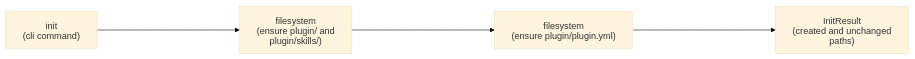
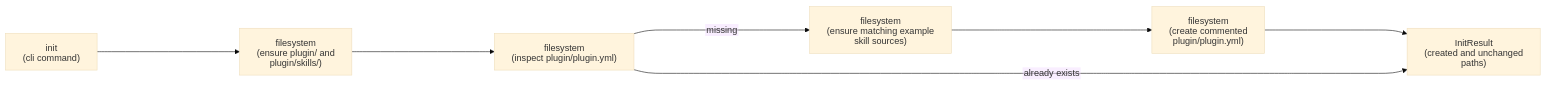
One commit to fam-tung-lam/ptlam-agent-plugin-compiler changed the fifth of 8 diagrams in docs/ARCHITECTURE.md. Above: the diagram before and after it, drawn with Mermaid (base theme). The commit also changed other lines of this file and 5 other files, not shown here.

First line of the commit message:
feat(init): Add guided starter manifest

````diff
--- a/docs/ARCHITECTURE.md
+++ b/docs/ARCHITECTURE.md
@@ -297,25 +297,35 @@
 ```mermaid
 ---
 config:
   htmlLabels: false
 ---
 flowchart LR
     InitCommand["`
         init
         (cli command)
     `"]
     EnsureDirectories["`
         filesystem
         (ensure plugin/ and plugin/skills/)
     `"]
-    EnsureManifest["`
+    InspectManifest["`
         filesystem
-        (ensure plugin/plugin.yml)
+        (inspect plugin/plugin.yml)
+    `"]
+    EnsureExampleSkills["`
+        filesystem
+        (ensure matching example skill sources)
+    `"]
+    WriteManifest["`
+        filesystem
+        (create commented plugin/plugin.yml)
     `"]
     InitResult["`
         InitResult
         (created and unchanged paths)
     `"]
 
-    InitCommand ------> EnsureDirectories ------> EnsureManifest ------> InitResult
+    InitCommand ------> EnsureDirectories ------> InspectManifest
+    InspectManifest ------>|"`missing`"| EnsureExampleSkills ------> WriteManifest ------> InitResult
+    InspectManifest ------>|"`already exists`"| InitResult
 ```
````
